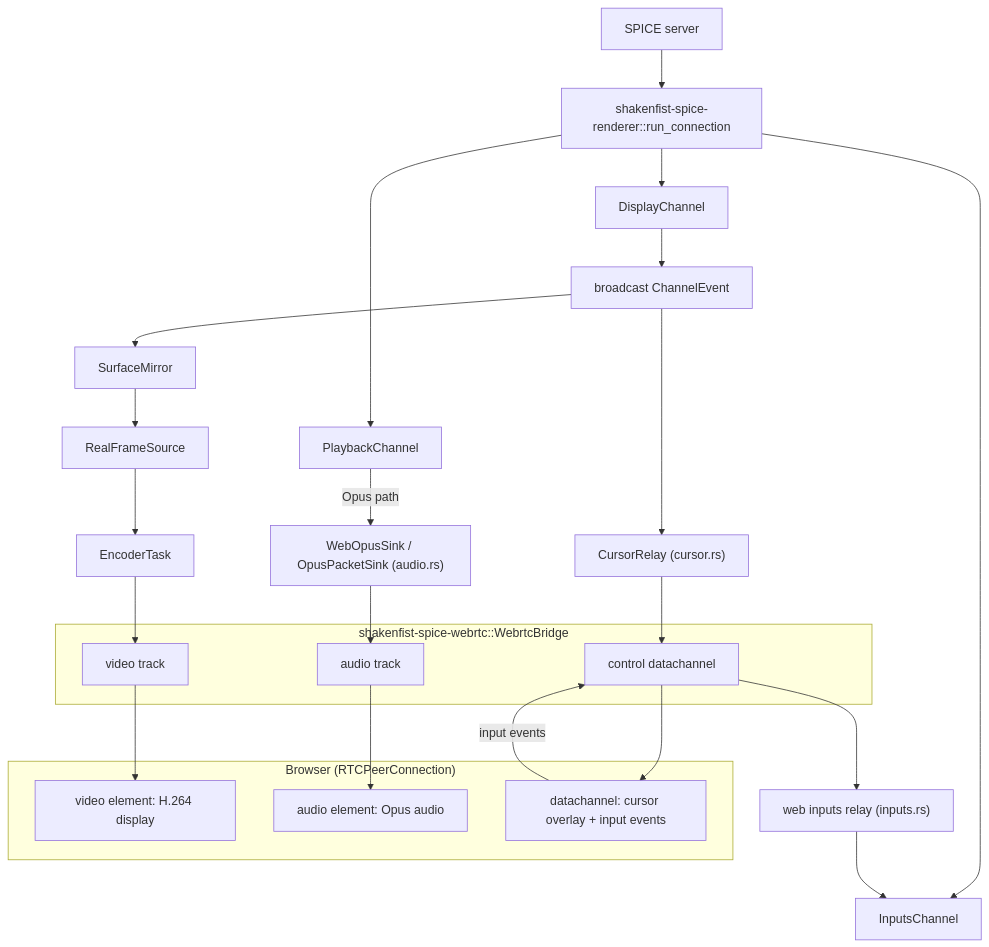
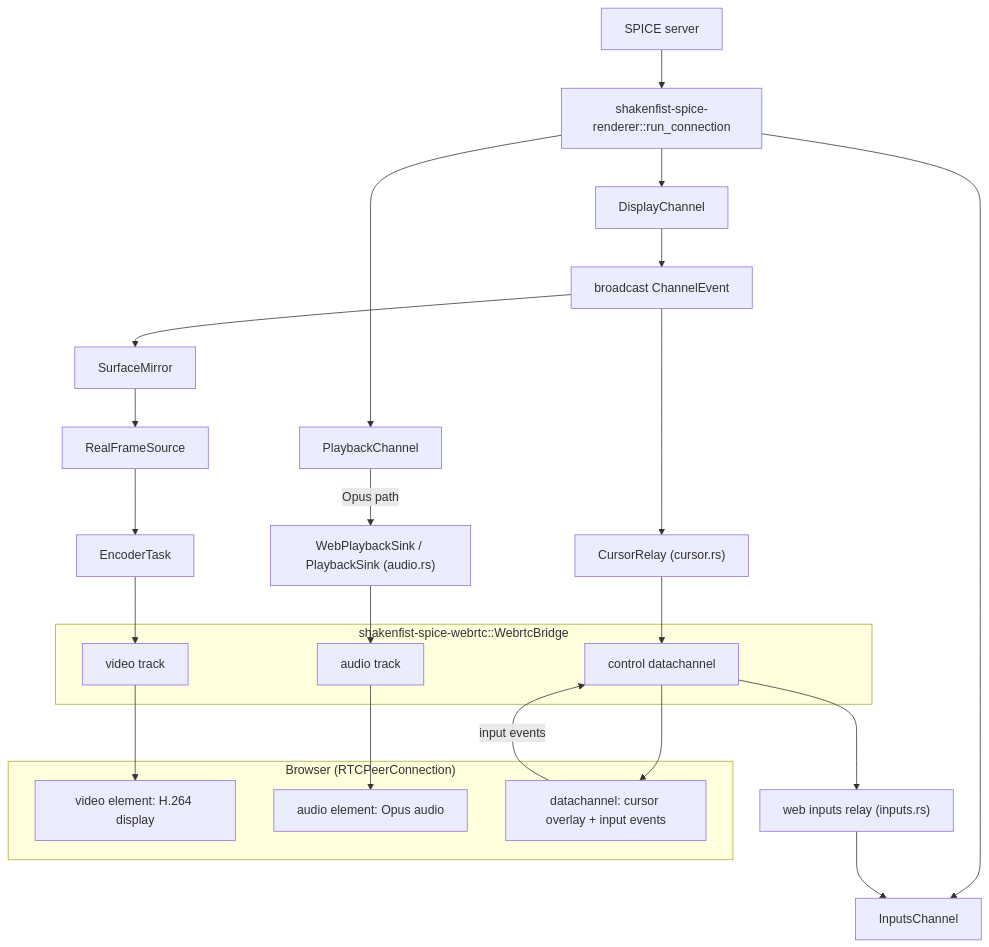
One commit to shakenfist/ryll changed the diagram in docs/web-mode-internals.md. Above: the diagram before and after it, drawn with Mermaid. The commit also changed other lines of this file and 6 other files, not shown here.

````diff
--- a/docs/web-mode-internals.md
+++ b/docs/web-mode-internals.md
@@ -598,45 +632,45 @@
 ```mermaid
 flowchart TB
     spice["SPICE server"]
     run["shakenfist-spice-renderer::run_connection"]
     dc["DisplayChannel"]
     pc["PlaybackChannel"]
     ic["InputsChannel"]
     ev["broadcast ChannelEvent"]
     mirror["SurfaceMirror"]
     crelay["CursorRelay (cursor.rs)"]
-    sink["WebOpusSink / OpusPacketSink (audio.rs)"]
+    sink["WebPlaybackSink / PlaybackSink (audio.rs)"]
     frames["RealFrameSource"]
     enc["EncoderTask"]
     irelay["web inputs relay (inputs.rs)"]
 
     subgraph bridge["shakenfist-spice-webrtc::WebrtcBridge"]
         vtrack["video track"]
         atrack["audio track"]
         ctrl["control datachannel"]
     end
 
     subgraph browser["Browser (RTCPeerConnection)"]
         video["video element: H.264 display"]
         audio["audio element: Opus audio"]
         data["datachannel: cursor overlay + input events"]
     end
 
     spice --> run
     run --> dc
     run --> pc
     run --> ic
     dc --> ev
     ev --> mirror
     ev --> crelay
     pc -- Opus path --> sink
     mirror --> frames --> enc --> vtrack
     sink --> atrack
     crelay --> ctrl
     vtrack --> video
     atrack --> audio
     ctrl --> data
     data -- input events --> ctrl
     ctrl --> irelay
     irelay --> ic
 ```
````
